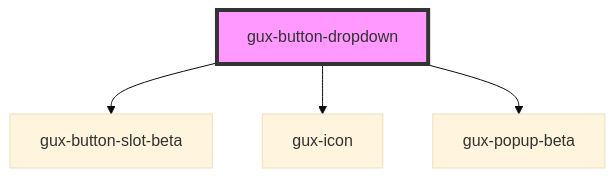
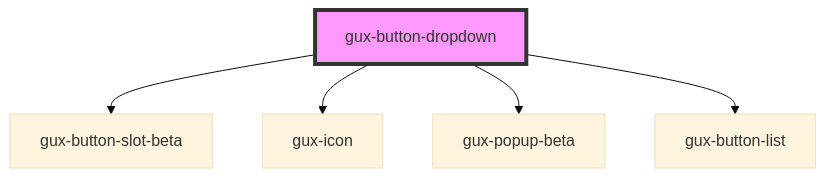
One commit to pmkartika/genesys-webcomponents changed the diagram in src/components/beta/gux-button-dropdown/readme.md. Above: the diagram before and after it, drawn with Mermaid (base theme). The commit also changed other lines of this file and 3 other files, not shown here.

Commit message:
chore(gux-button-dropdown): update gux-button-dropdown to use button-list instead of listbox

````diff
--- a/src/components/beta/gux-button-dropdown/readme.md
+++ b/src/components/beta/gux-button-dropdown/readme.md
@@ -46,7 +47,8 @@
 ```mermaid
 graph TD;
   gux-button-dropdown --> gux-button-slot-beta
   gux-button-dropdown --> gux-icon
   gux-button-dropdown --> gux-popup-beta
+  gux-button-dropdown --> gux-button-list
   style gux-button-dropdown fill:#f9f,stroke:#333,stroke-width:4px
 ```
````
